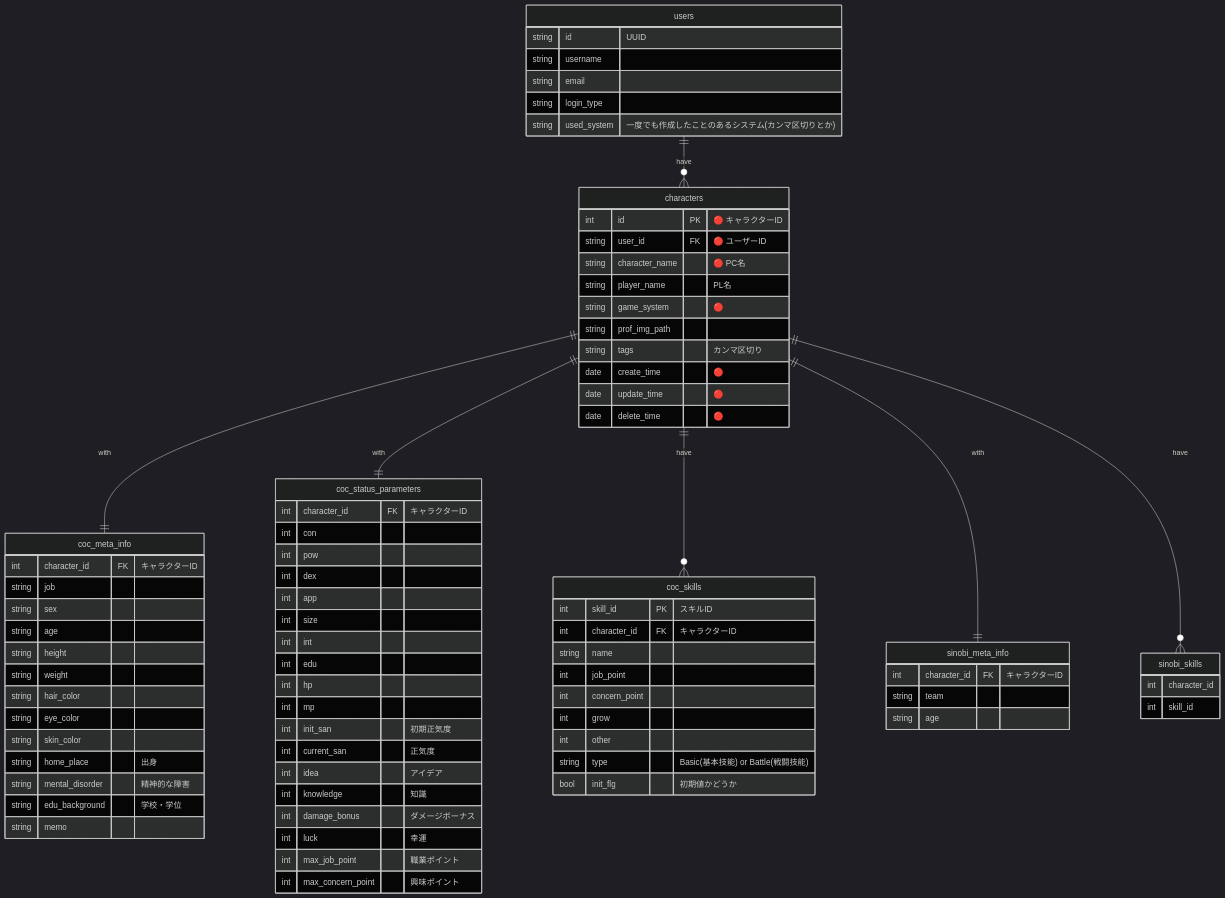
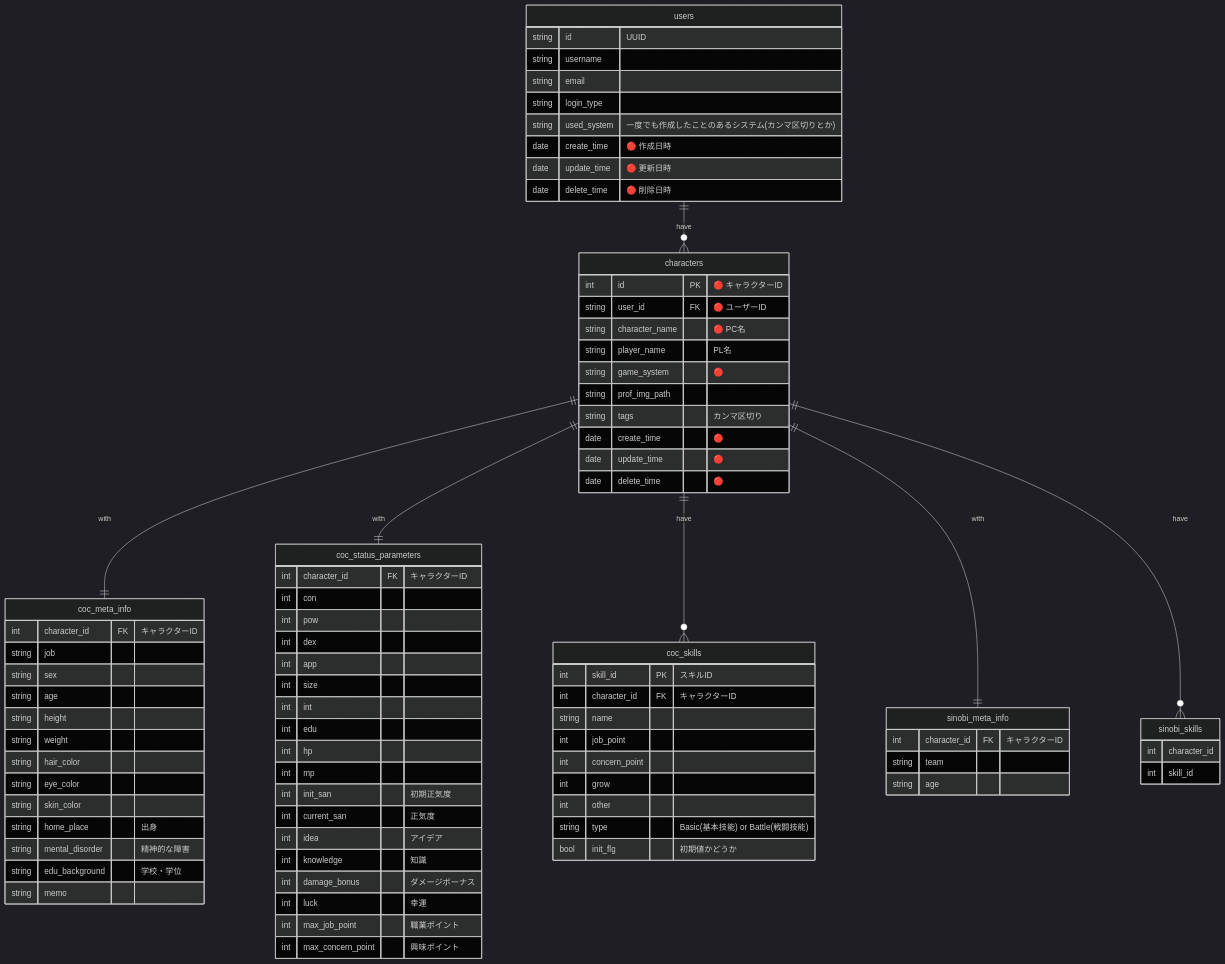
Before and after one commit to kitsystemyou/character-manager-backend: the diagram in docs/enthithi.md, drawn with Mermaid (dark theme). The commit also changed 3 other files, not shown here.

```diff
--- a/docs/enthithi.md
+++ b/docs/enthithi.md
@@ -15,6 +15,9 @@
   string email
   string login_type
   string used_system "一度でも作成したことのあるシステム(カンマ区切りとか)"
+  date create_time "🔴 作成日時"
+  date update_time "🔴 更新日時" 
+  date delete_time "🔴 削除日時"
 }
 
 characters {
```
